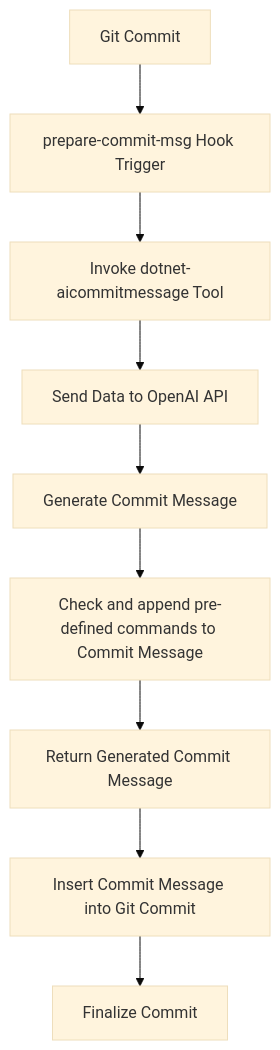
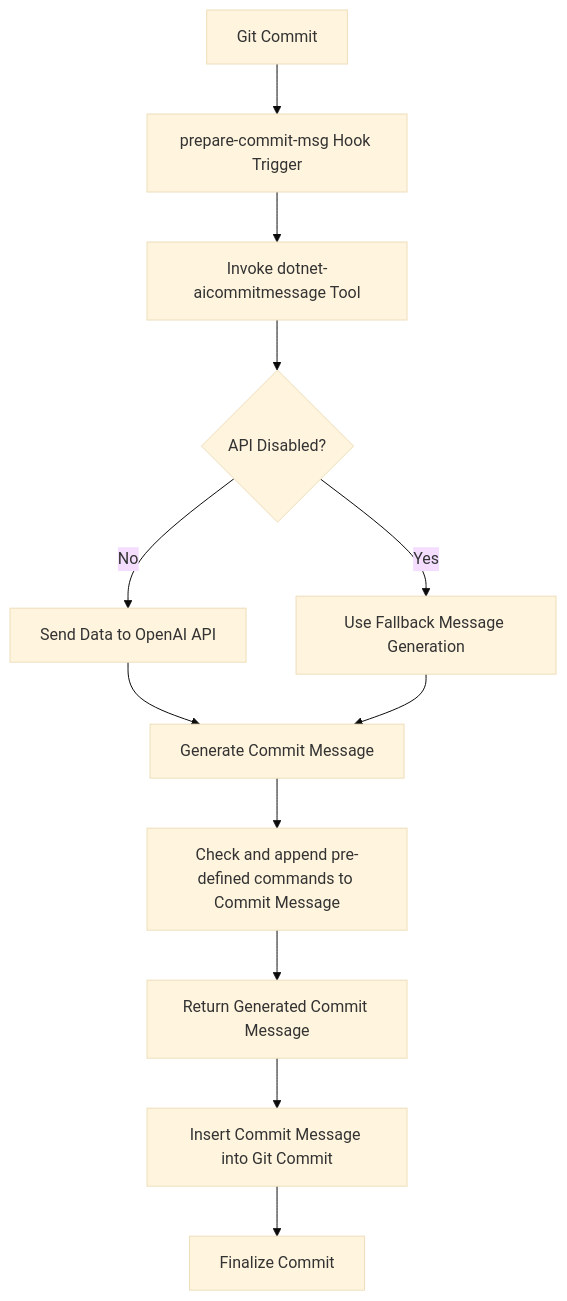
One commit to guibranco/dotnet-aicommitmessage changed the diagram in README.md. Above: the diagram before and after it, drawn with Mermaid (base theme). The commit also changed other lines of this file and 5 other files, not shown here.

````diff
--- a/README.md
+++ b/README.md
@@ -105,11 +105,14 @@
 ```mermaid
 graph TD
     A[Git Commit] --> B[prepare-commit-msg Hook Trigger]
     B --> C[Invoke dotnet-aicommitmessage Tool]
-    C --> D[Send Data to OpenAI API]
-    D --> E[Generate Commit Message]
-    E --> F[Check and append pre-defined commands to Commit Message]
-    F --> G[Return Generated Commit Message]
-    G --> H[Insert Commit Message into Git Commit]
-    H --> I[Finalize Commit]
+    C --> D{API Disabled?}
+    D -->|No| E[Send Data to OpenAI API]
+    D -->|Yes| F[Use Fallback Message Generation]
+    E --> G[Generate Commit Message]
+    F --> G
+    G --> H[Check and append pre-defined commands to Commit Message]
+    H --> I[Return Generated Commit Message]
+    I --> J[Insert Commit Message into Git Commit]
+    J --> K[Finalize Commit]
 ```
````
